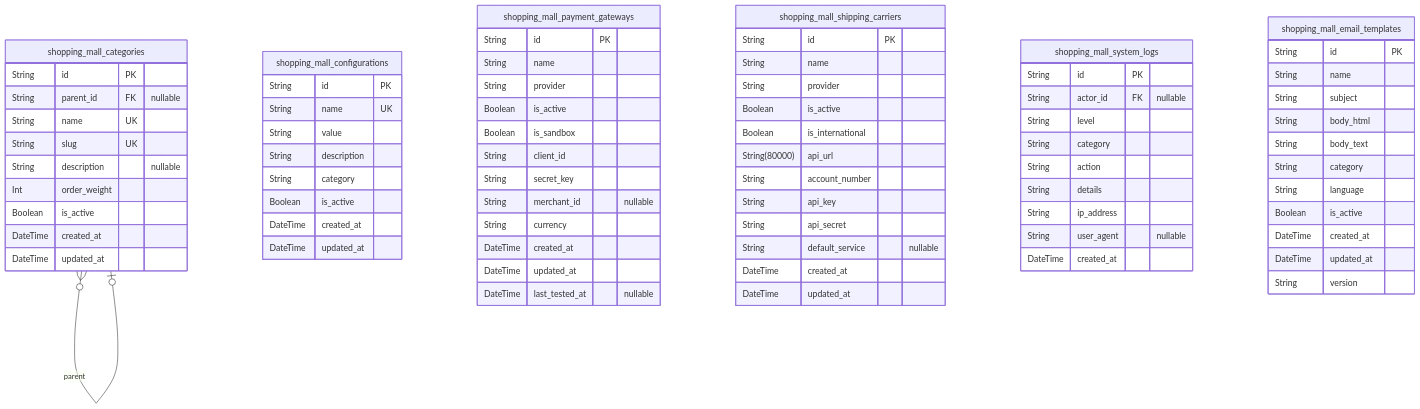
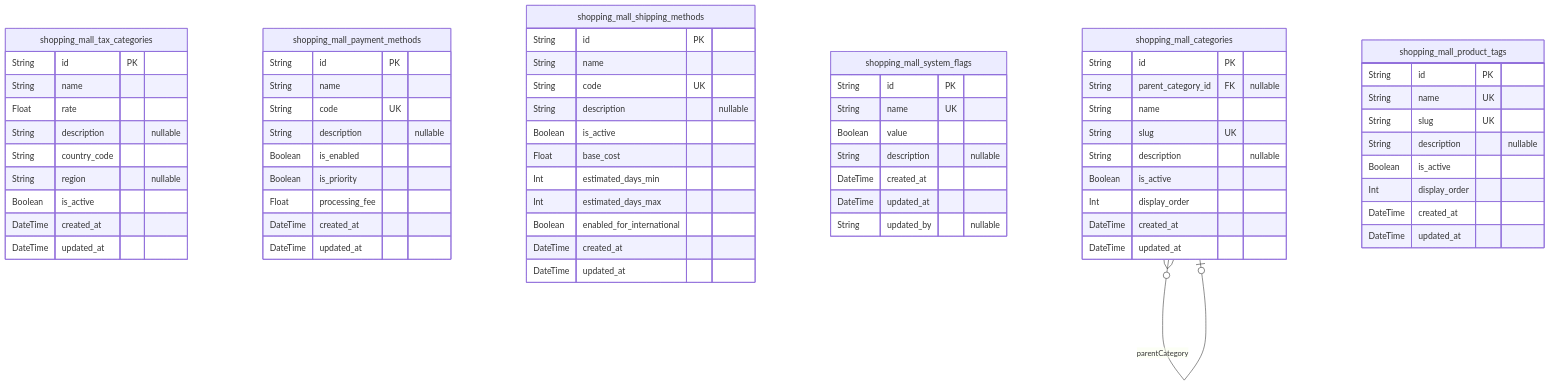
Before and after one commit to wrtnlabs/autobe-examples: the first of 10 diagrams in qwen/qwen3-next-80b-a3b-instruct/shopping/docs/ERD.md, drawn with Mermaid. The commit also changed other lines of this file and 7173 other files, not shown here.

````diff
--- a/qwen/qwen3-next-80b-a3b-instruct/shopping/docs/ERD.md
+++ b/qwen/qwen3-next-80b-a3b-instruct/shopping/docs/ERD.md
@@ -19,77 +18,69 @@
 ```mermaid
 erDiagram
-"shopping_mall_categories" {
+"shopping_mall_tax_categories" {
   String id PK
-  String parent_id FK "nullable"
-  String name UK
-  String slug UK
+  String name
+  Float rate
   String description "nullable"
-  Int order_weight
+  String country_code
+  String region "nullable"
   Boolean is_active
   DateTime created_at
   DateTime updated_at
 }
-"shopping_mall_configurations" {
+"shopping_mall_payment_methods" {
   String id PK
-  String name UK
-  String value
-  String description
-  String category
-  Boolean is_active
+  String name
+  String code UK
+  String description "nullable"
+  Boolean is_enabled
+  Boolean is_priority
+  Float processing_fee
   DateTime created_at
   DateTime updated_at
 }
-"shopping_mall_payment_gateways" {
+"shopping_mall_shipping_methods" {
   String id PK
   String name
-  String provider
+  String code UK
+  String description "nullable"
   Boolean is_active
-  Boolean is_sandbox
-  String client_id
-  String secret_key
-  String merchant_id "nullable"
-  String currency
-  DateTime created_at
-  DateTime updated_at
-  DateTime last_tested_at "nullable"
-}
-"shopping_mall_shipping_carriers" {
-  String id PK
-  String name
-  String provider
-  Boolean is_active
-  Boolean is_international
-  String(80000) api_url
-  String account_number
-  String api_key
-  String api_secret
-  String default_service "nullable"
+  Float base_cost
+  Int estimated_days_min
+  Int estimated_days_max
+  Boolean enabled_for_international
   DateTime created_at
   DateTime updated_at
 }
-"shopping_mall_system_logs" {
+"shopping_mall_system_flags" {
   String id PK
-  String actor_id FK "nullable"
-  String level
-  String category
-  String action
-  String details
-  String ip_address
-  String user_agent "nullable"
-  DateTime created_at
-}
-"shopping_mall_email_templates" {
-  String id PK
-  String name
-  String subject
-  String body_html
-  String body_text
-  String category
-  String language
-  Boolean is_active
+  String name UK
+  Boolean value
+  String description "nullable"
   DateTime created_at
   DateTime updated_at
-  String version
+  String updated_by "nullable"
 }
-"shopping_mall_categories" }o--o| "shopping_mall_categories" : parent
+"shopping_mall_categories" {
+  String id PK
+  String parent_category_id FK "nullable"
+  String name
+  String slug UK
+  String description "nullable"
+  Boolean is_active
+  Int display_order
+  DateTime created_at
+  DateTime updated_at
+}
+"shopping_mall_product_tags" {
+  String id PK
+  String name UK
+  String slug UK
+  String description "nullable"
+  Boolean is_active
+  Int display_order
+  DateTime created_at
+  DateTime updated_at
+}
+"shopping_mall_categories" }o--o| "shopping_mall_categories" : parentCategory
 ```
````
